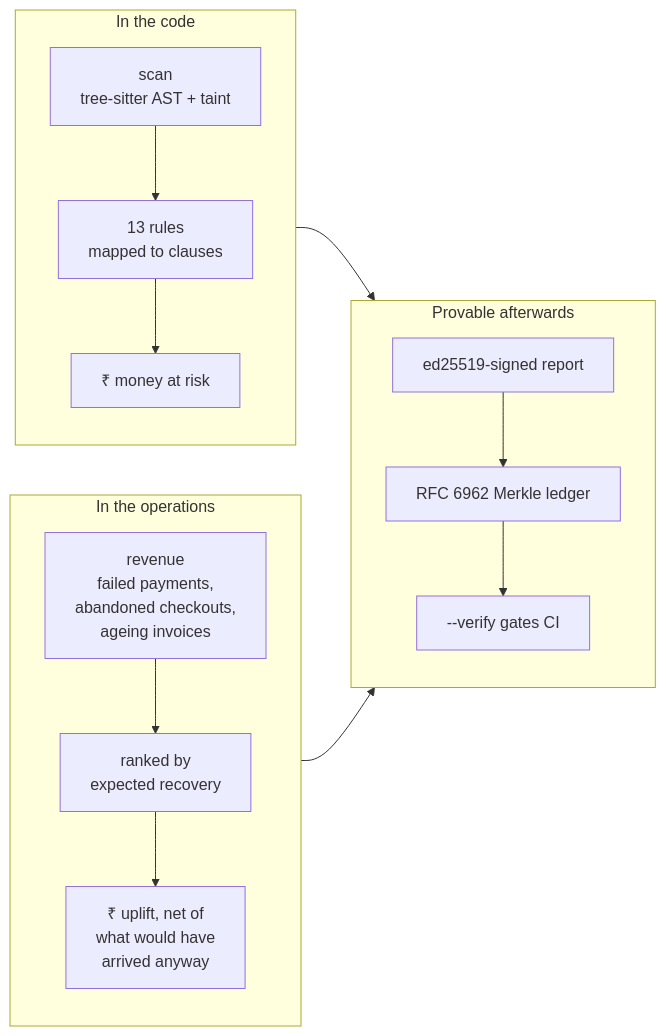
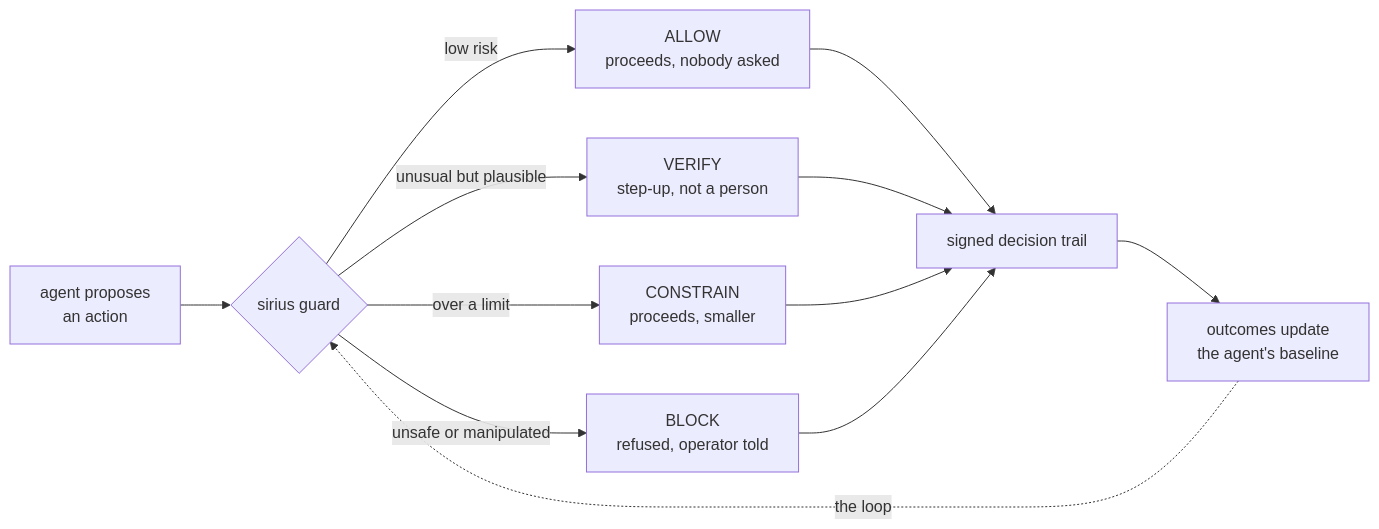
Before and after one commit to SruSanCyborg/Finsec: the first of 7 diagrams in README.md, drawn with Mermaid. The commit also changed other lines of this file and 15 other files, not shown here.

First line of the commit message:
guard: a control layer for agents that can move money

````diff
--- a/README.md
+++ b/README.md
@@ -23,17 +43,14 @@
 ```mermaid
 flowchart LR
-    subgraph CODE["In the code"]
-        A1["scan<br/>tree-sitter AST + taint"] --> A2["13 rules<br/>mapped to clauses"]
-        A2 --> A3["₹ money at risk"]
-    end
-    subgraph OPS["In the operations"]
-        B1["revenue<br/>failed payments,<br/>abandoned checkouts,<br/>ageing invoices"] --> B2["ranked by<br/>expected recovery"]
-        B2 --> B3["₹ uplift, net of<br/>what would have<br/>arrived anyway"]
-    end
-    subgraph PROOF["Provable afterwards"]
-        C1["ed25519-signed report"] --> C2["RFC 6962 Merkle ledger"]
-        C2 --> C3["--verify gates CI"]
-    end
-    CODE --> PROOF
-    OPS --> PROOF
+    A["agent proposes<br/>an action"] --> G{"sirius guard"}
+    G -->|"low risk"| ALLOW["ALLOW<br/>proceeds, nobody asked"]
+    G -->|"unusual but plausible"| VERIFY["VERIFY<br/>step-up, not a person"]
+    G -->|"over a limit"| CONSTRAIN["CONSTRAIN<br/>proceeds, smaller"]
+    G -->|"unsafe or manipulated"| BLOCK["BLOCK<br/>refused, operator told"]
+    ALLOW --> T["signed decision trail"]
+    VERIFY --> T
+    CONSTRAIN --> T
+    BLOCK --> T
+    T --> B["outcomes update<br/>the agent's baseline"]
+    B -.->|"the loop"| G
 ```
````
